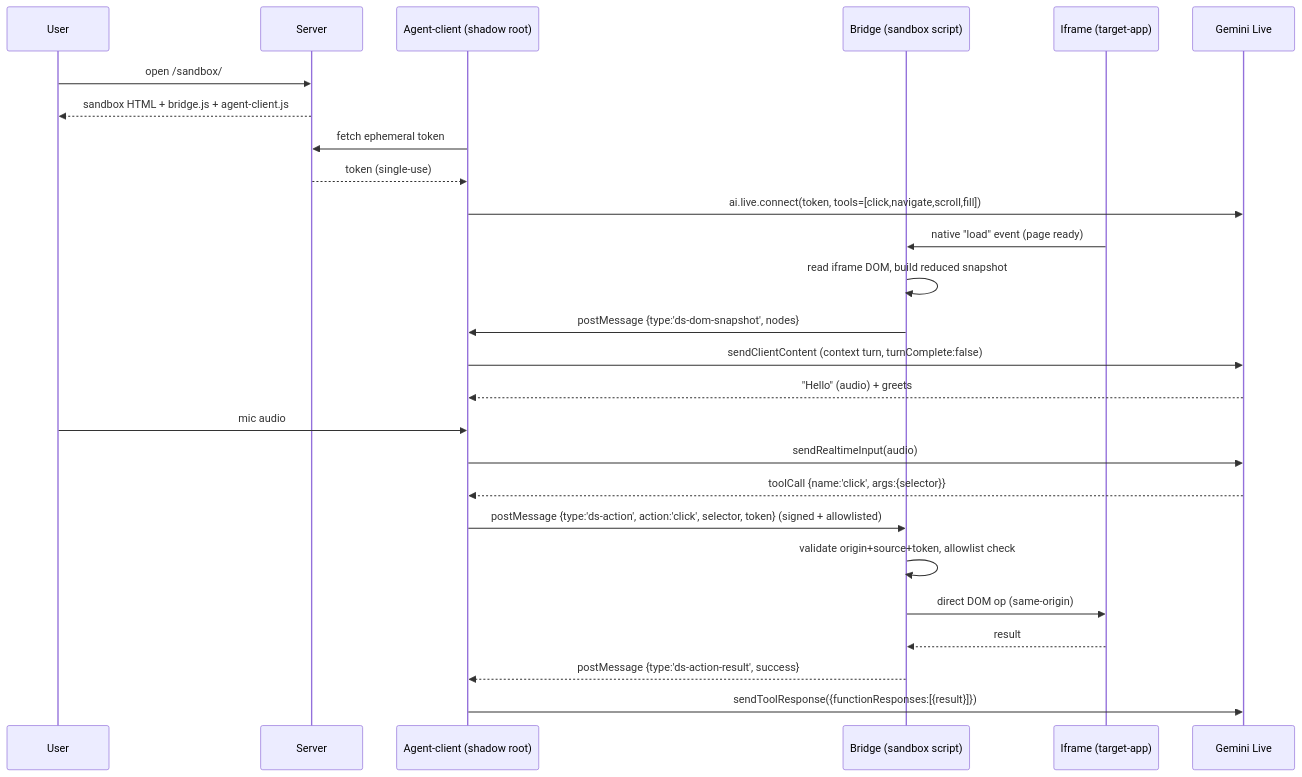
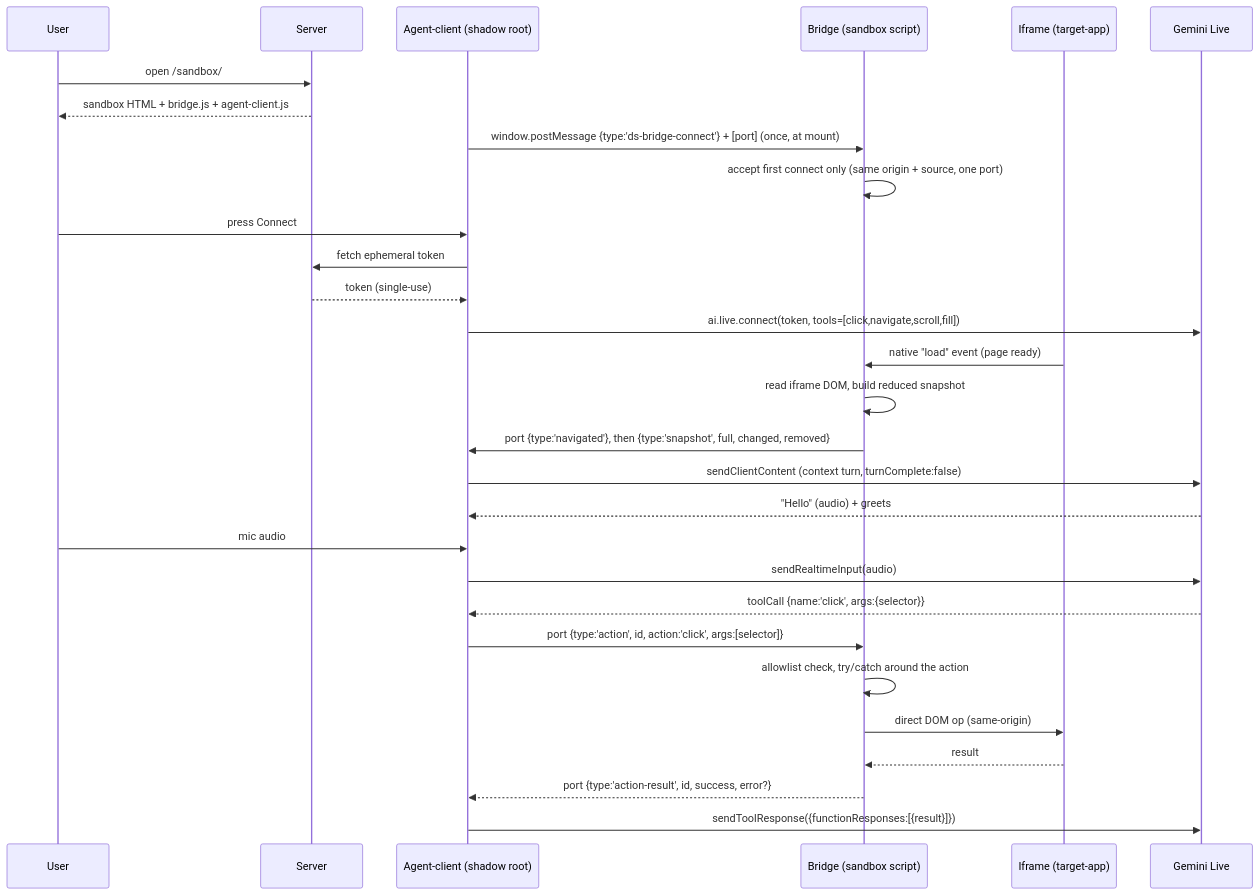
Before and after one commit to jovstern/ai-presenter-agent: the second of 2 diagrams in docs/demostack-ai-presenter-agent.md, drawn with Mermaid. The commit also changed other lines of this file and 12 other files, not shown here.

First line of the commit message:
M4 T2: private MessageChannel between agent-client and bridge (ADR 0001; A4, A5, A7)

````diff
--- a/docs/demostack-ai-presenter-agent.md
+++ b/docs/demostack-ai-presenter-agent.md
@@ -88,29 +92,32 @@
 ```mermaid
 sequenceDiagram
     participant U as User
     participant Sv as Server
     participant AC as Agent-client (shadow root)
     participant Br as Bridge (sandbox script)
     participant IF as Iframe (target-app)
     participant G as Gemini Live
 
     U->>Sv: open /sandbox/
     Sv-->>U: sandbox HTML + bridge.js + agent-client.js
+    AC->>Br: window.postMessage {type:'ds-bridge-connect'} + [port] (once, at mount)
+    Br->>Br: accept first connect only (same origin + source, one port)
+    U->>AC: press Connect
     AC->>Sv: fetch ephemeral token
     Sv-->>AC: token (single-use)
     AC->>G: ai.live.connect(token, tools=[click,navigate,scroll,fill])
     IF->>Br: native "load" event (page ready)
     Br->>Br: read iframe DOM, build reduced snapshot
-    Br->>AC: postMessage {type:'ds-dom-snapshot', nodes}
+    Br->>AC: port {type:'navigated'}, then {type:'snapshot', full, changed, removed}
     AC->>G: sendClientContent (context turn, turnComplete:false)
     G-->>AC: "Hello" (audio) + greets
     U->>AC: mic audio
     AC->>G: sendRealtimeInput(audio)
     G-->>AC: toolCall {name:'click', args:{selector}}
-    AC->>Br: postMessage {type:'ds-action', action:'click', selector, token} (signed + allowlisted)
-    Br->>Br: validate origin+source+token, allowlist check
+    AC->>Br: port {type:'action', id, action:'click', args:[selector]}
+    Br->>Br: allowlist check, try/catch around the action
     Br->>IF: direct DOM op (same-origin)
     IF-->>Br: result
-    Br-->>AC: postMessage {type:'ds-action-result', success}
+    Br-->>AC: port {type:'action-result', id, success, error?}
     AC->>G: sendToolResponse({functionResponses:[{result}]})
 ```
````
